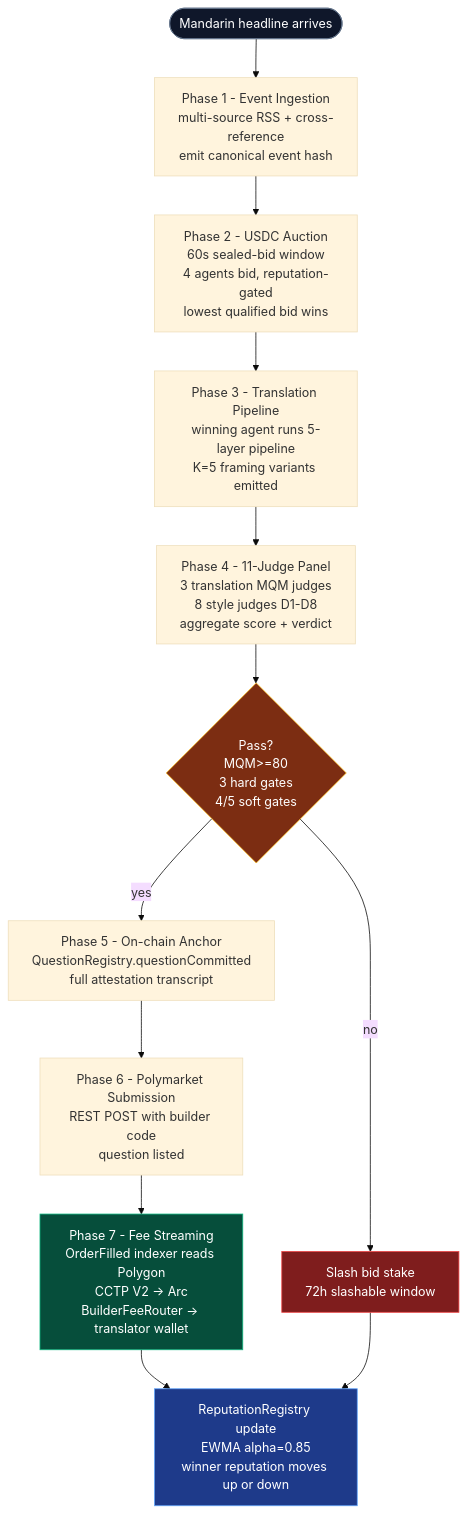
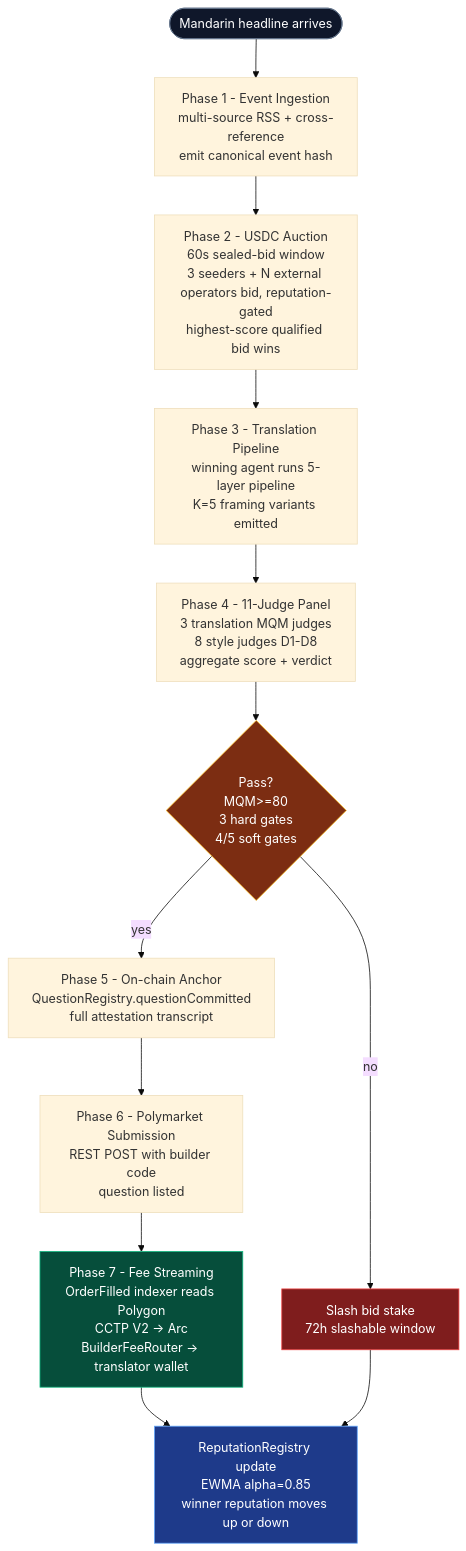
One commit to licaomeng/polyglot-alpha changed the second of 4 diagrams in submission/architecture.md. Above: the diagram before and after it, drawn with Mermaid (base theme). The commit also changed other lines of this file and 200 other files, not shown here.

````diff
--- a/submission/architecture.md
+++ b/submission/architecture.md
@@ -70,32 +70,32 @@
 ```mermaid
 flowchart TD
     P0([Mandarin headline arrives])
     P1[Phase 1 - Event Ingestion<br/>multi-source RSS + cross-reference<br/>emit canonical event hash]
-    P2[Phase 2 - USDC Auction<br/>60s sealed-bid window<br/>4 agents bid, reputation-gated<br/>lowest qualified bid wins]
+    P2[Phase 2 - USDC Auction<br/>60s sealed-bid window<br/>3 seeders + N external operators bid, reputation-gated<br/>highest-score qualified bid wins]
     P3[Phase 3 - Translation Pipeline<br/>winning agent runs 5-layer pipeline<br/>K=5 framing variants emitted]
     P4[Phase 4 - 11-Judge Panel<br/>3 translation MQM judges<br/>8 style judges D1-D8<br/>aggregate score + verdict]
     GATE{Pass?<br/>MQM>=80<br/>3 hard gates<br/>4/5 soft gates}
     P5[Phase 5 - On-chain Anchor<br/>QuestionRegistry.questionCommitted<br/>full attestation transcript]
     P6[Phase 6 - Polymarket Submission<br/>REST POST with builder code<br/>question listed]
     P7[Phase 7 - Fee Streaming<br/>OrderFilled indexer reads Polygon<br/>CCTP V2 -> Arc<br/>BuilderFeeRouter -> translator wallet]
     REP[ReputationRegistry update<br/>EWMA alpha=0.85<br/>winner reputation moves up or down]
     SLASH[Slash bid stake<br/>72h slashable window]
 
     P0 --> P1
     P1 --> P2
     P2 --> P3
     P3 --> P4
     P4 --> GATE
     GATE -- yes --> P5
     GATE -- no --> SLASH
     P5 --> P6
     P6 --> P7
     P7 --> REP
     SLASH --> REP
 
     style P0 fill:#0f172a,stroke:#64748b,color:#fff
     style GATE fill:#7c2d12,stroke:#fbbf24,color:#fff
     style SLASH fill:#7f1d1d,stroke:#ef4444,color:#fff
     style P7 fill:#064e3b,stroke:#10b981,color:#fff
     style REP fill:#1e3a8a,stroke:#60a5fa,color:#fff
 ```
````
